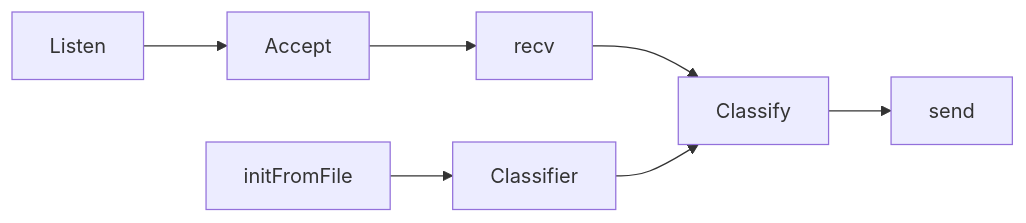
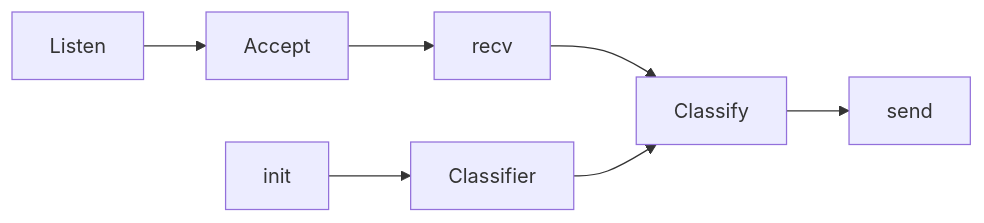
One commit to idokatzav/KNN-Classifier changed the first of 2 diagrams in README.md. Above: the diagram before and after it, drawn with Mermaid. The commit also changed other lines of this file and 8 other files, not shown here.

````diff
--- a/README.md
+++ b/README.md
@@ -115,10 +115,10 @@
 ```mermaid
 graph LR;
     Listen-->Accept;
     Accept-->recv;
     recv-->Classify;
 
-    initFromFile-->Classifier;
+    init-->Classifier;
     Classifier-->Classify;
     Classify-->send;
 ```
````
